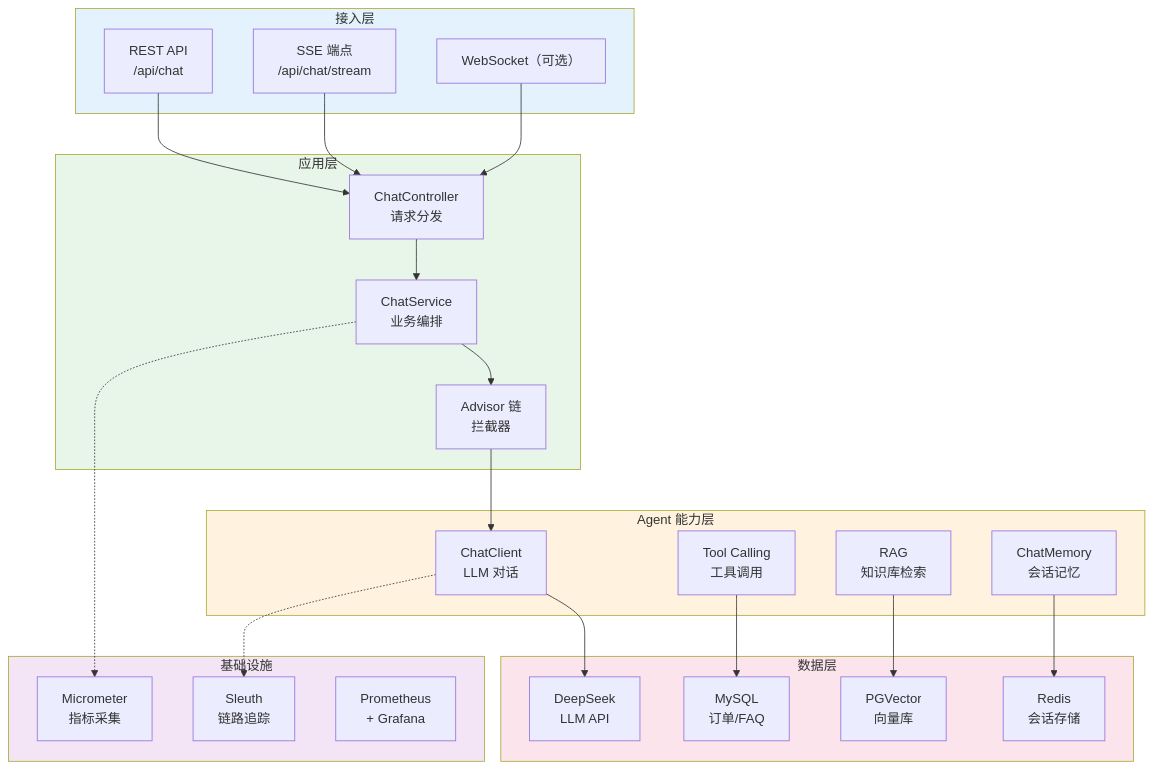
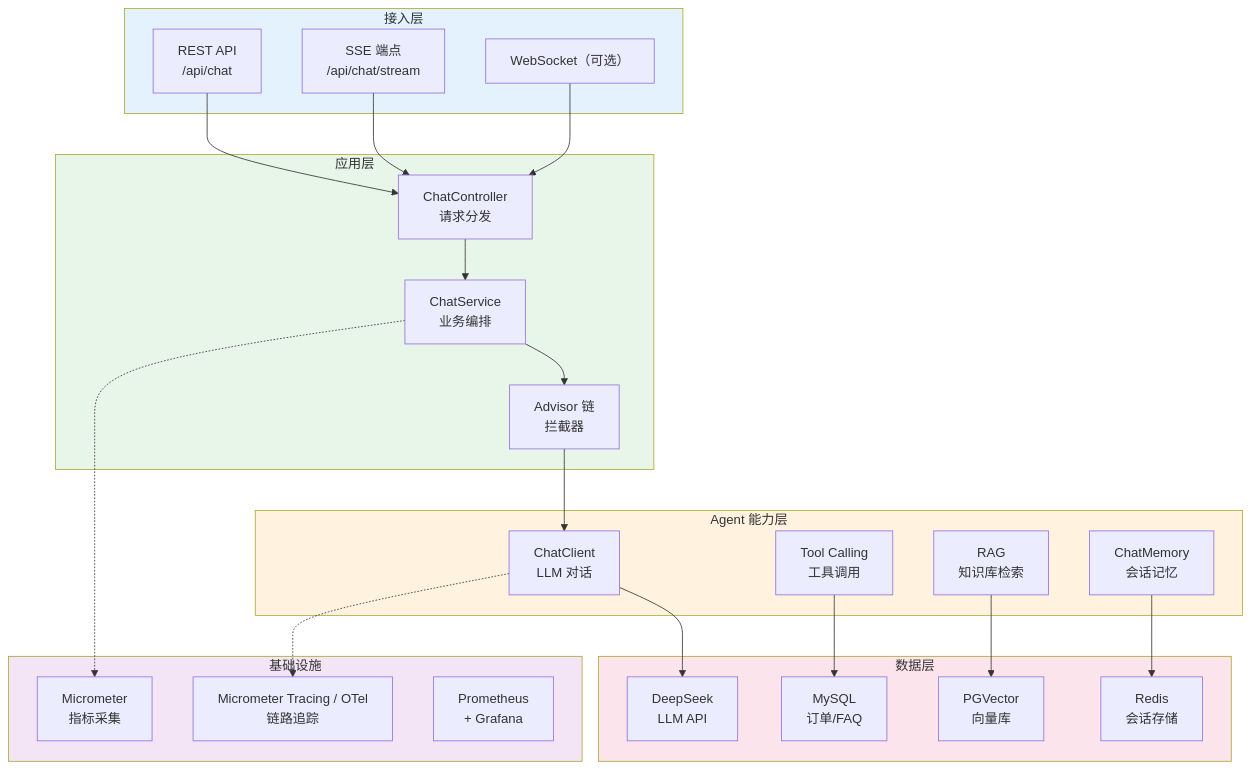
Before and after one commit to UranusGit/java-agent-learn: the fifth of 7 diagrams in docs/项目/00-智能客服系统/00-需求分析与架构设计.md, drawn with Mermaid. The commit also changed other lines of this file and 244 other files, not shown here.

````diff
--- a/docs/项目/00-智能客服系统/00-需求分析与架构设计.md
+++ b/docs/项目/00-智能客服系统/00-需求分析与架构设计.md
@@ -243,54 +243,54 @@
 ```mermaid
 graph TB
     subgraph 接入层["接入层"]
         API1["REST API<br/>/api/chat"]
         API2["SSE 端点<br/>/api/chat/stream"]
         API3["WebSocket（可选）"]
     end
 
     subgraph 应用层["应用层"]
         APP1["ChatController<br/>请求分发"]
         APP2["ChatService<br/>业务编排"]
         APP3["Advisor 链<br/>拦截器"]
     end
 
     subgraph Agent层["Agent 能力层"]
         AG1["ChatClient<br/>LLM 对话"]
         AG2["Tool Calling<br/>工具调用"]
         AG3["RAG<br/>知识库检索"]
         AG4["ChatMemory<br/>会话记忆"]
     end
 
     subgraph 数据层["数据层"]
         D1["Redis<br/>会话存储"]
         D2["PGVector<br/>向量库"]
         D3["MySQL<br/>订单/FAQ"]
         D4["DeepSeek<br/>LLM API"]
     end
 
     subgraph 基础设施["基础设施"]
         I1["Micrometer<br/>指标采集"]
-        I2["Sleuth<br/>链路追踪"]
+        I2["Micrometer Tracing / OTel<br/>链路追踪"]
         I3["Prometheus<br/>+ Grafana"]
     end
 
     API1 --> APP1
     API2 --> APP1
     API3 --> APP1
     APP1 --> APP2
     APP2 --> APP3
     APP3 --> AG1
     AG2 --> D3
     AG3 --> D2
     AG4 --> D1
     AG1 --> D4
 
     APP2 -.-> I1
     AG1 -.-> I2
 
     style 接入层 fill:#e3f2fd
     style 应用层 fill:#e8f5e9
     style Agent层 fill:#fff3e0
     style 数据层 fill:#fce4ec
     style 基础设施 fill:#f3e5f5
 ```
````
